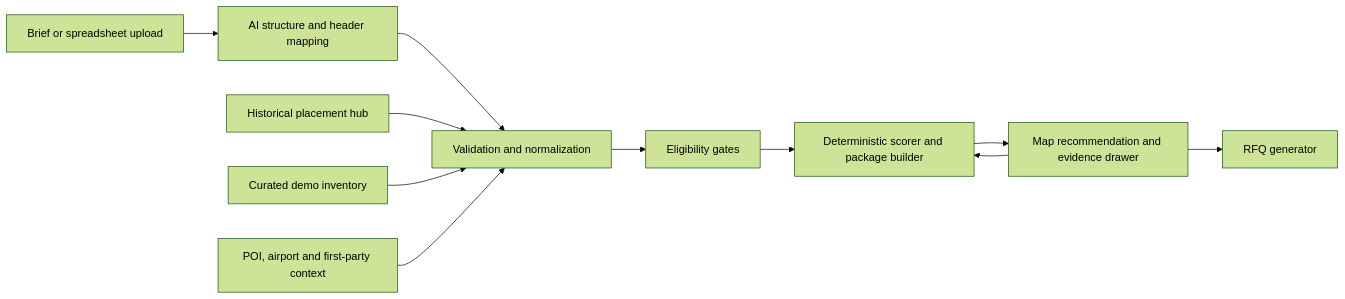
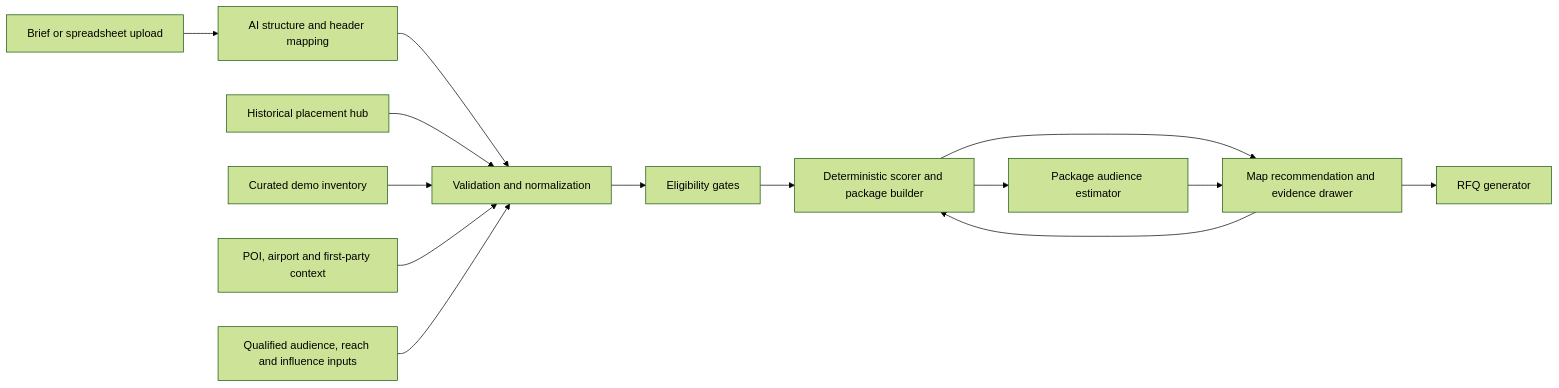
One commit to GeoTracka/ooh-datahub changed the diagram in docs/superpowers/specs/2026-08-02-map-first-promotion-wizard-design.md. Above: the diagram before and after it, drawn with Mermaid (forest theme). The commit also changed other lines of this file, not shown here.

Commit message:
docs: add audience reach and influence lens

````diff
--- a/docs/superpowers/specs/2026-08-02-map-first-promotion-wizard-design.md
+++ b/docs/superpowers/specs/2026-08-02-map-first-promotion-wizard-design.md
@@ -583,13 +697,16 @@
 ```mermaid
 flowchart LR
   A[Brief or spreadsheet upload] --> B[AI structure and header mapping]
   B --> C[Validation and normalization]
   H[Historical placement hub] --> C
   I[Curated demo inventory] --> C
   J[POI, airport and first-party context] --> C
+  K[Qualified audience, reach and influence inputs] --> C
   C --> D[Eligibility gates]
   D --> E[Deterministic scorer and package builder]
+  E --> L[Package audience estimator]
   E --> F[Map recommendation and evidence drawer]
+  L --> F
   F --> E
   F --> G[RFQ generator]
 ```
````
